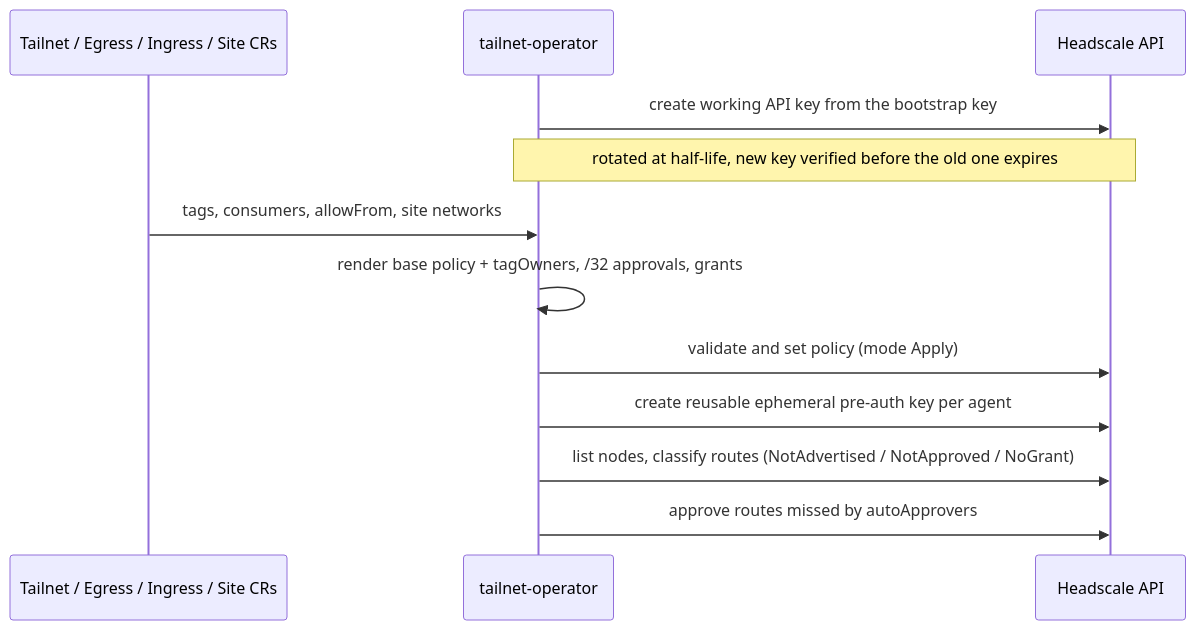
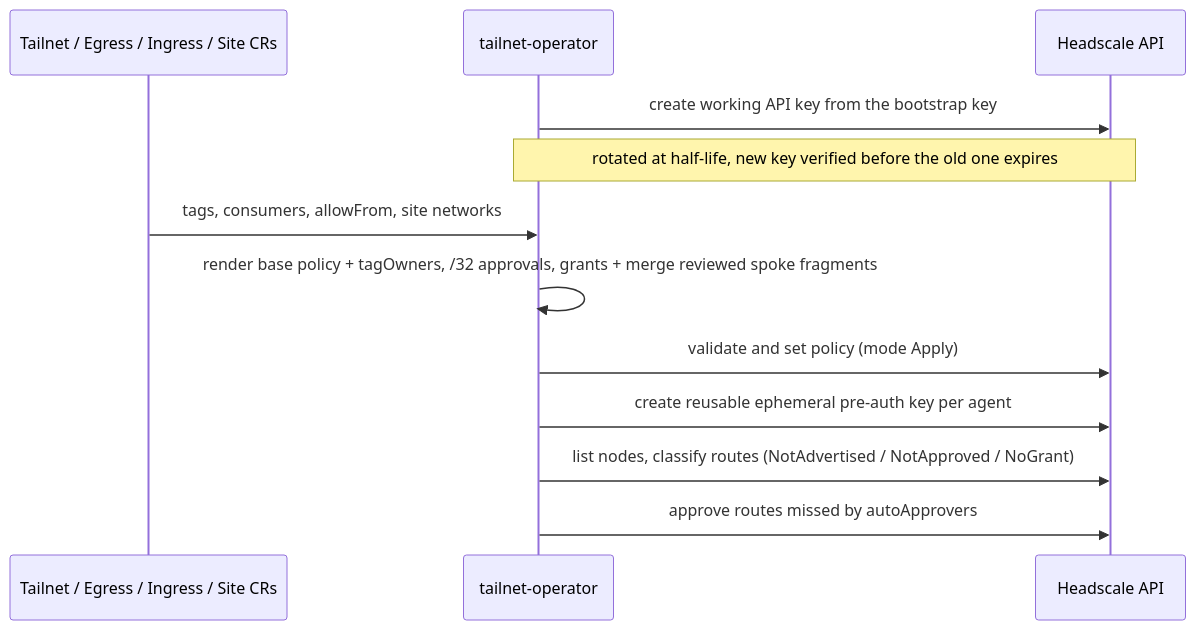
One commit to fff0x/tailnet-operator changed the fifth of 5 diagrams in docs/explanation/architecture.md. Above: the diagram before and after it, drawn with Mermaid. The commit also changed other lines of this file and 21 other files, not shown here.

First line of the commit message:
feat(policy): export spoke fragments and merge them on the hub

````diff
--- a/docs/explanation/architecture.md
+++ b/docs/explanation/architecture.md
@@ -122,14 +122,14 @@
 ```mermaid
 sequenceDiagram
   participant CR as Tailnet / Egress / Ingress / Site CRs
   participant Op as tailnet-operator
   participant HS as Headscale API
   Op->>HS: create working API key from the bootstrap key
   Note over Op,HS: rotated at half-life, new key verified before the old one expires
   CR->>Op: tags, consumers, allowFrom, site networks
-  Op->>Op: render base policy + tagOwners, /32 approvals, grants
+  Op->>Op: render base policy + tagOwners, /32 approvals, grants + merge reviewed spoke fragments
   Op->>HS: validate and set policy (mode Apply)
   Op->>HS: create reusable ephemeral pre-auth key per agent
   Op->>HS: list nodes, classify routes (NotAdvertised / NotApproved / NoGrant)
   Op->>HS: approve routes missed by autoApprovers
 ```
````
